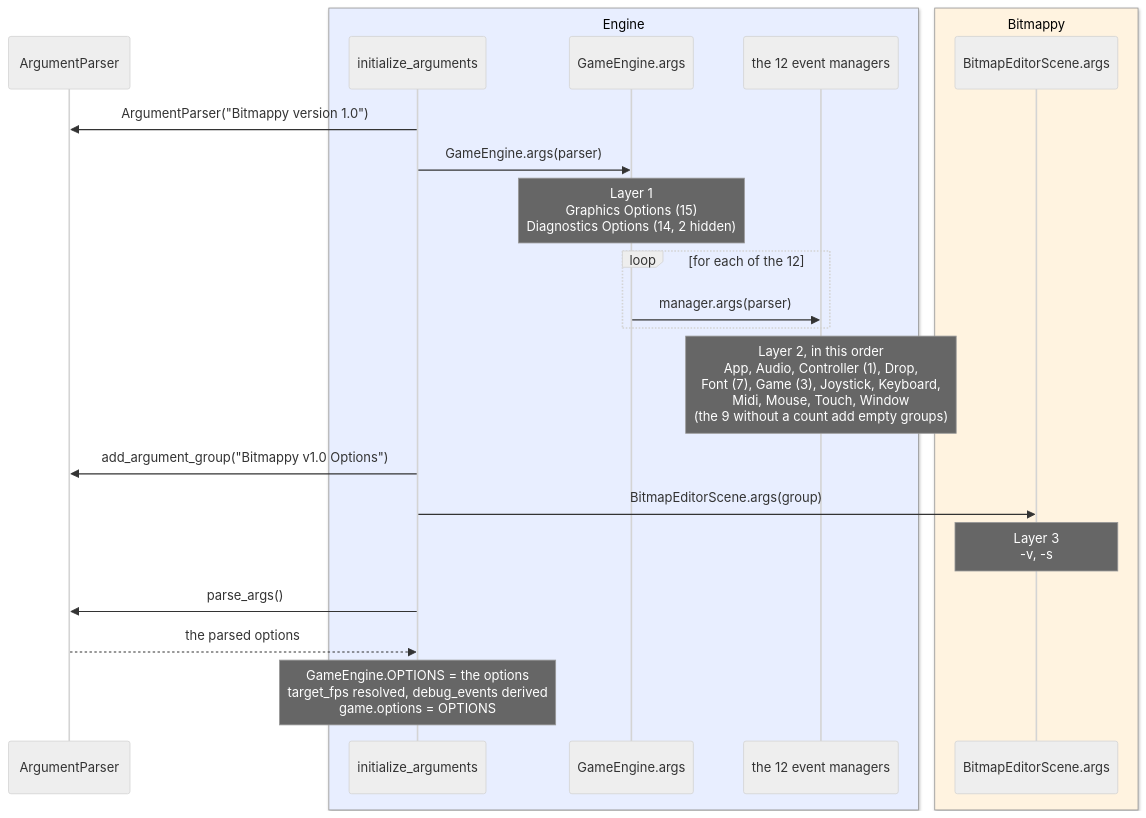
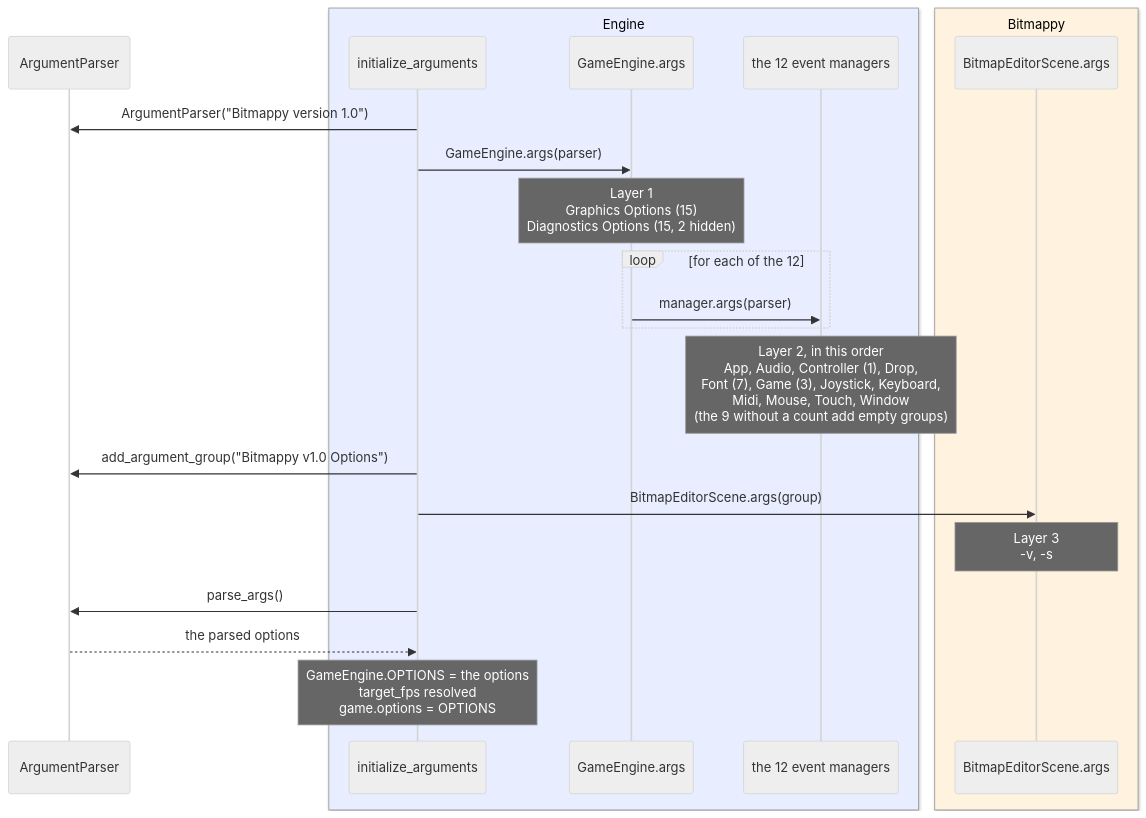
The first of 4 diagrams in docs/architecture/argument_system.md (terrysimons/glitchygames), drawn with Mermaid (neutral theme) before and after one commit. The commit also changed other lines of this file and 93 other files, not shown here.

````diff
--- a/docs/architecture/argument_system.md
+++ b/docs/architecture/argument_system.md
@@ -14,26 +14,26 @@
 ```mermaid
 sequenceDiagram
     participant PARSER as ArgumentParser
     box rgb(232,238,255) Engine
     participant INIT as initialize_arguments
     participant ENGINE as GameEngine.args
     participant MANAGERS as the 12 event managers
     end
     box rgb(255,243,224) Bitmappy
     participant GAME as BitmapEditorScene.args
     end
 
     INIT->>PARSER: ArgumentParser("Bitmappy version 1.0")
     INIT->>ENGINE: GameEngine.args(parser)
-    Note over ENGINE: Layer 1<br/>Graphics Options (15)<br/>Diagnostics Options (14, 2 hidden)
+    Note over ENGINE: Layer 1<br/>Graphics Options (15)<br/>Diagnostics Options (15, 2 hidden)
     loop for each of the 12
         ENGINE->>MANAGERS: manager.args(parser)
     end
     Note over MANAGERS: Layer 2, in this order<br/>App, Audio, Controller (1), Drop,<br/>Font (7), Game (3), Joystick, Keyboard,<br/>Midi, Mouse, Touch, Window<br/>(the 9 without a count add empty groups)
     INIT->>PARSER: add_argument_group("Bitmappy v1.0 Options")
     INIT->>GAME: BitmapEditorScene.args(group)
     Note over GAME: Layer 3<br/>-v, -s
     INIT->>PARSER: parse_args()
     PARSER-->>INIT: the parsed options
-    Note over INIT: GameEngine.OPTIONS = the options<br/>target_fps resolved, debug_events derived<br/>game.options = OPTIONS
+    Note over INIT: GameEngine.OPTIONS = the options<br/>target_fps resolved<br/>game.options = OPTIONS
 ```
````
